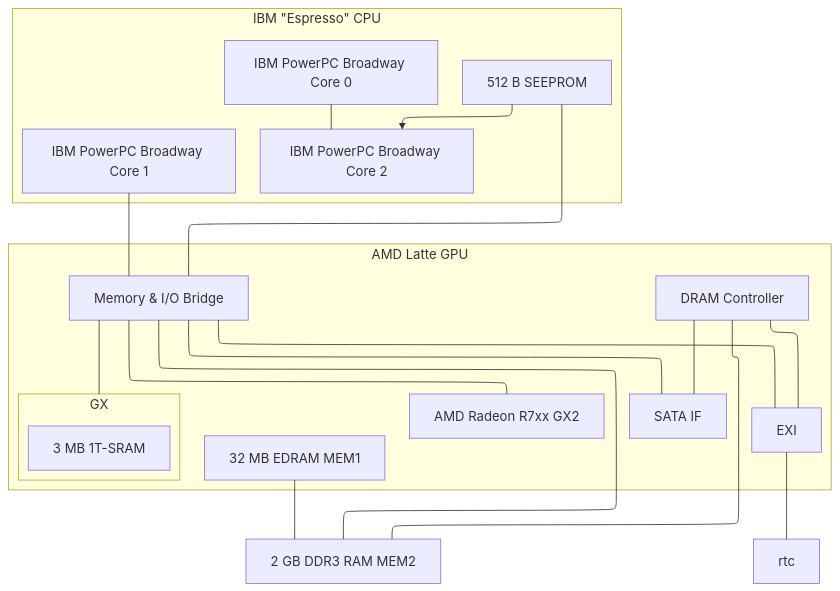
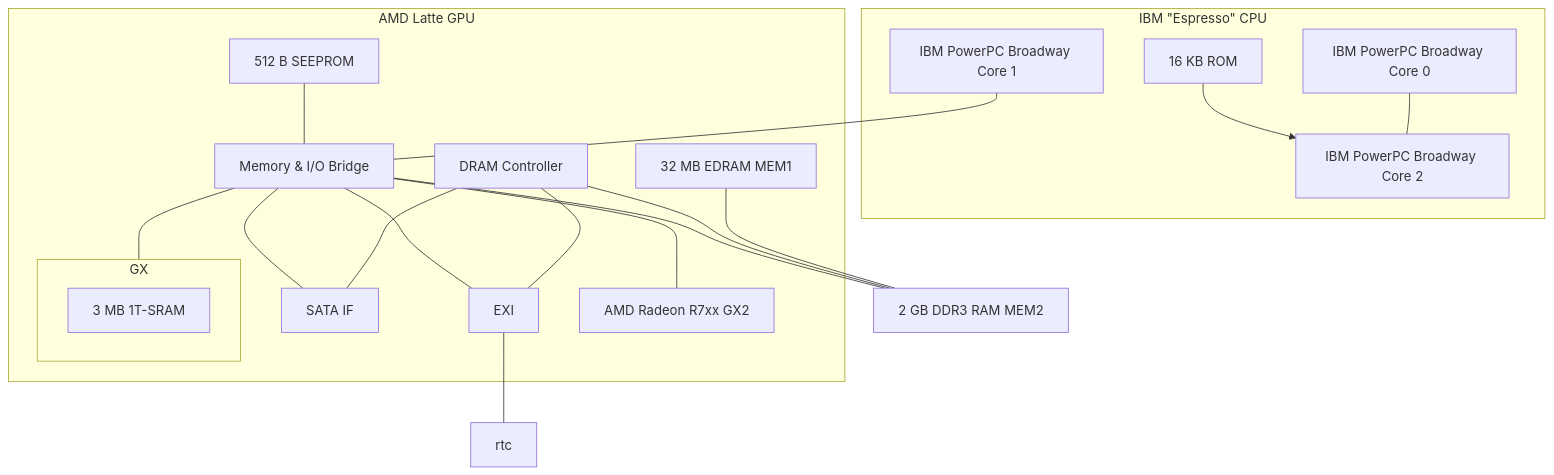
The diagram in src/examples/10_wiiu/syntax/mermaid.mmd (terrastruct/text-to-diagram-site), drawn with Mermaid before and after one commit. The commit also changed 1 other file, not shown here.

```diff
--- a/src/examples/10_wiiu/syntax/mermaid.mmd
+++ b/src/examples/10_wiiu/syntax/mermaid.mmd
@@ -1,48 +1,48 @@
-flowchart-elk TD
+flowchart TD
   subgraph ibm[IBM &quot;Espresso&quot; CPU]
     core0[IBM PowerPC Broadway Core 0]
     core1[IBM PowerPC Broadway Core 1]
     core2[IBM PowerPC Broadway Core 2]
 
-    rom[16 KB ROM]
+    rom16[16 KB ROM]
 
-    rom --> core2
+    rom16 --> core2
     core0 --- core2
   end
 
   subgraph amd[AMD Latte GPU]
     mem[Memory & I/O Bridge]
     dram[DRAM Controller]
     edram[32 MB EDRAM MEM1]
     rom[512 B SEEPROM]
 
     sata[SATA IF]
     exi[EXI]
 
     subgraph gx[GX]
       sram[3 MB 1T-SRAM]
     end
 
     radeon[AMD Radeon R7xx GX2]
 
     mem --- gx
     mem --- radeon
 
     rom --- mem
 
     mem --- sata
     mem --- exi
 
     dram --- sata
     dram --- exi
   end
 
   ddr3[2 GB DDR3 RAM MEM2]
 
   mem --- ddr3
   dram --- ddr3
   edram --- ddr3
 
   core1 --- mem
 
   exi --- rtc
```
